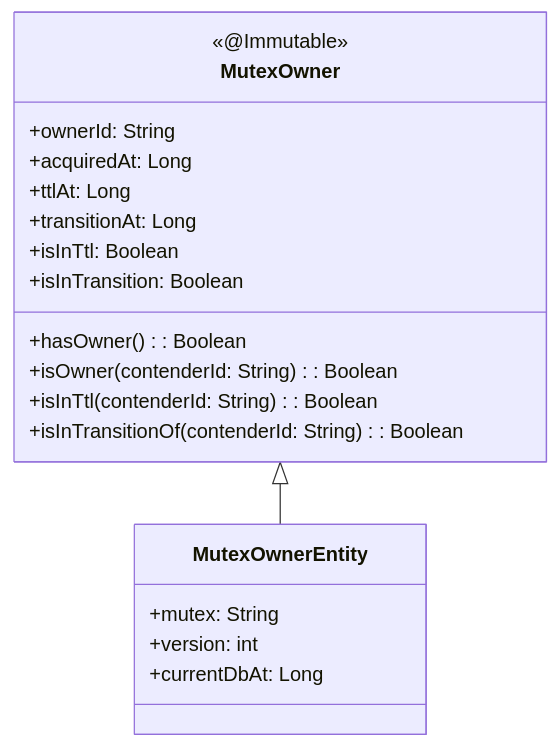
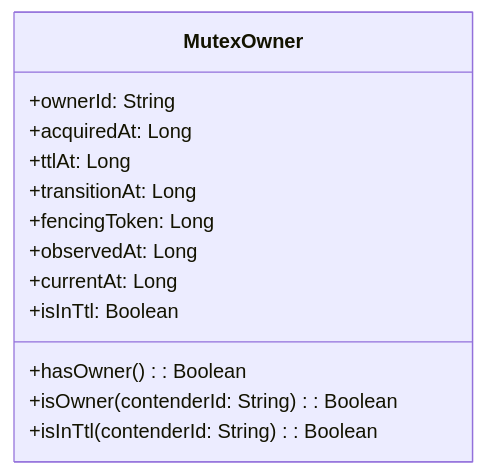
The first of 6 diagrams in wiki/architecture/core-abstractions.md (Ahoo-Wang/Simba), drawn with Mermaid before and after one commit. The commit also changed other lines of this file and 29 other files, not shown here.

First line of the commit message:
refactor(core)!: make MutexOwner an immutable value (#557)

````diff
--- a/wiki/architecture/core-abstractions.md
+++ b/wiki/architecture/core-abstractions.md
@@ -38,24 +43,16 @@
 ```mermaid
 classDiagram
     class MutexOwner {
-        <<@Immutable>>
         +ownerId: String
         +acquiredAt: Long
         +ttlAt: Long
         +transitionAt: Long
+        +fencingToken: Long
+        +observedAt: Long
+        +currentAt: Long
         +isInTtl: Boolean
-        +isInTransition: Boolean
         +hasOwner(): Boolean
         +isOwner(contenderId: String): Boolean
         +isInTtl(contenderId: String): Boolean
-        +isInTransitionOf(contenderId: String): Boolean
     }
-
-    class MutexOwnerEntity {
-        +mutex: String
-        +version: int
-        +currentDbAt: Long
-    }
-
-    MutexOwner <|-- MutexOwnerEntity
 ```
````
